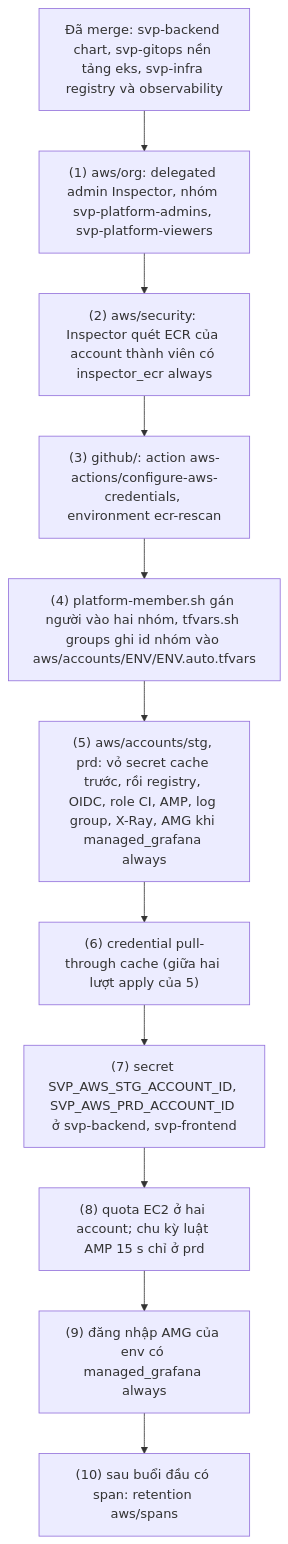
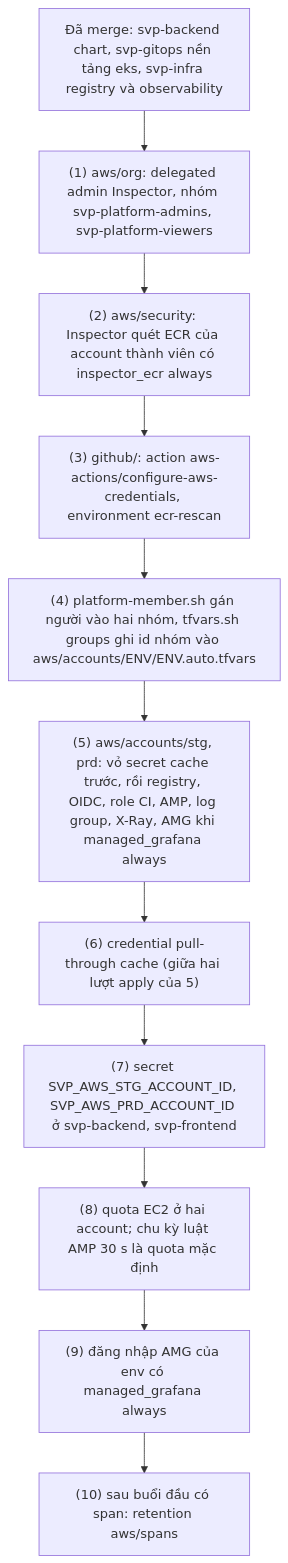
Before and after one commit to anhnvcoder/svp-infra: the diagram in docs/runbooks/platform-setup.md, drawn with Mermaid. The commit also changed other lines of this file and 98 other files, not shown here.

````diff
--- a/docs/runbooks/platform-setup.md
+++ b/docs/runbooks/platform-setup.md
@@ -56,14 +56,14 @@
 ```mermaid
 flowchart TD
   M["Đã merge: svp-backend chart, svp-gitops nền tảng eks, svp-infra registry và observability"] --> B1
   B1["(1) aws/org: delegated admin Inspector, nhóm svp-platform-admins, svp-platform-viewers"] --> B2
   B2["(2) aws/security: Inspector quét ECR của account thành viên có inspector_ecr always"] --> B3
   B3["(3) github/: action aws-actions/configure-aws-credentials, environment ecr-rescan"] --> B4
   B4["(4) platform-member.sh gán người vào hai nhóm, tfvars.sh groups ghi id nhóm vào aws/accounts/ENV/ENV.auto.tfvars"] --> B5
   B5["(5) aws/accounts/stg, prd: vỏ secret cache trước, rồi registry, OIDC, role CI, AMP, log group, X-Ray, AMG khi managed_grafana always"] --> B6
   B6["(6) credential pull-through cache (giữa hai lượt apply của 5)"] --> B7
   B7["(7) secret SVP_AWS_STG_ACCOUNT_ID, SVP_AWS_PRD_ACCOUNT_ID ở svp-backend, svp-frontend"] --> B8
-  B8["(8) quota EC2 ở hai account; chu kỳ luật AMP 15 s chỉ ở prd"] --> B9
+  B8["(8) quota EC2 ở hai account; chu kỳ luật AMP 30 s là quota mặc định"] --> B9
   B9["(9) đăng nhập AMG của env có managed_grafana always"] --> B10
   B10["(10) sau buổi đầu có span: retention aws/spans"]
 ```
````
